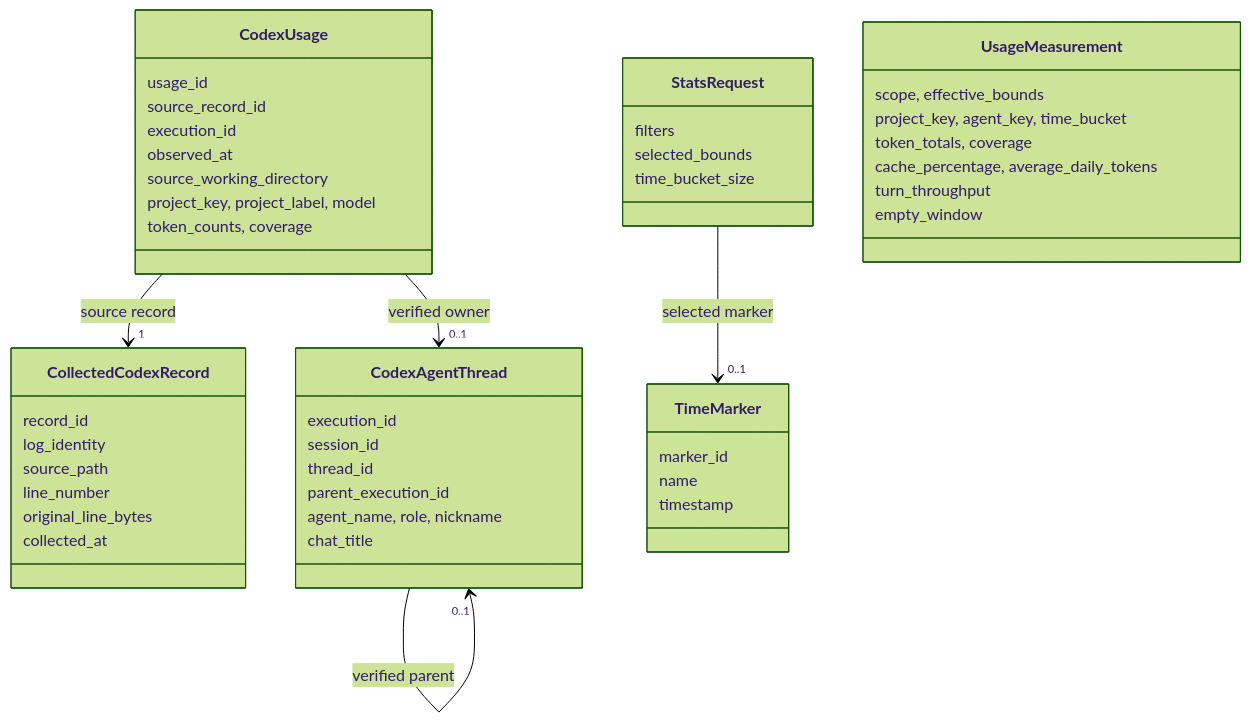
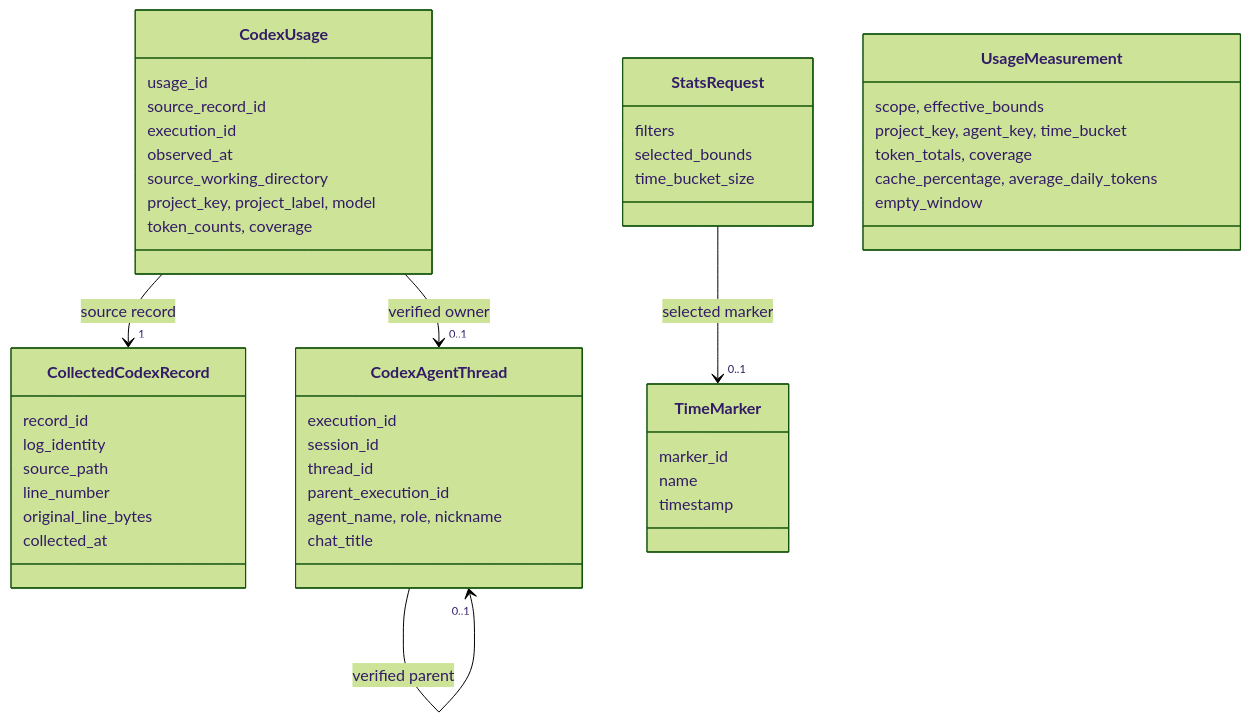
Before and after one commit to xtrmstep/codex-stats-analyzer: the diagram in specification/02-architecture/02-design/010-usage-data-model.md, drawn with Mermaid (forest theme). The commit also changed 3 other files, not shown here.

````diff
--- a/specification/02-architecture/02-design/010-usage-data-model.md
+++ b/specification/02-architecture/02-design/010-usage-data-model.md
@@ -20,50 +20,49 @@
 ```mermaid
 classDiagram
     class CollectedCodexRecord {
         record_id
         log_identity
         source_path
         line_number
         original_line_bytes
         collected_at
     }
     class CodexAgentThread {
         execution_id
         session_id
         thread_id
         parent_execution_id
         agent_name, role, nickname
         chat_title
     }
     class CodexUsage {
         usage_id
         source_record_id
         execution_id
         observed_at
         source_working_directory
         project_key, project_label, model
         token_counts, coverage
     }
     class TimeMarker {
         marker_id
         name
         timestamp
     }
     class StatsRequest {
         filters
         selected_bounds
         time_bucket_size
     }
     class UsageMeasurement {
         scope, effective_bounds
         project_key, agent_key, time_bucket
         token_totals, coverage
         cache_percentage, average_daily_tokens
-        turn_throughput
         empty_window
     }
     CodexUsage --> "1" CollectedCodexRecord : source record
     CodexUsage --> "0..1" CodexAgentThread : verified owner
     CodexAgentThread --> "0..1" CodexAgentThread : verified parent
     StatsRequest --> "0..1" TimeMarker : selected marker
 ```
````
